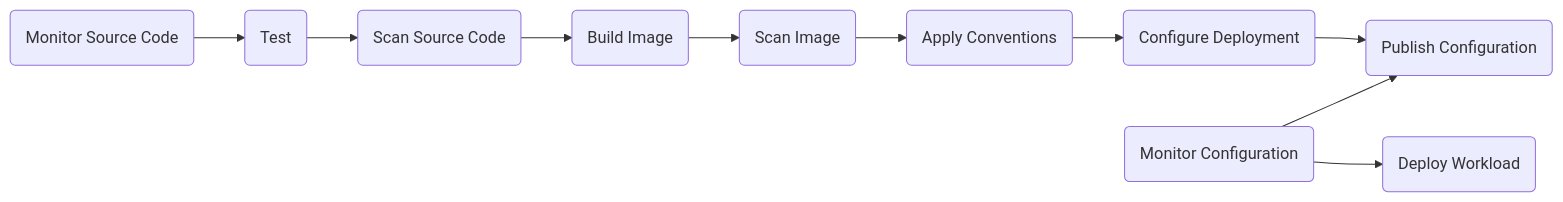
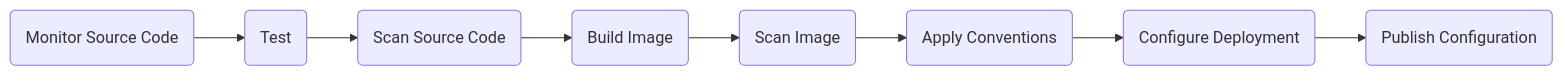
The second of 2 diagrams in README.md (ThomasVitale/cartographer-supply-chains), drawn with Mermaid before and after one commit. The commit also changed other lines of this file, not shown here.

Commit message:
Improve supply chain docs

````diff
--- a/README.md
+++ b/README.md
@@ -113,12 +113,10 @@
 ```mermaid
 flowchart LR;
   A(Monitor Source Code)-->B(Test);
   B-->C(Scan Source Code);
   C-->D(Build Image);
   D-->E(Scan Image);
   E-->F(Apply Conventions);
   F-->G(Configure Deployment);
-  G-->H(Publish Configuration)
-  I(Monitor Configuration)-->H;
-  I-->J(Deploy Workload)
+  G-->H(Publish Configuration);
 ```
````
